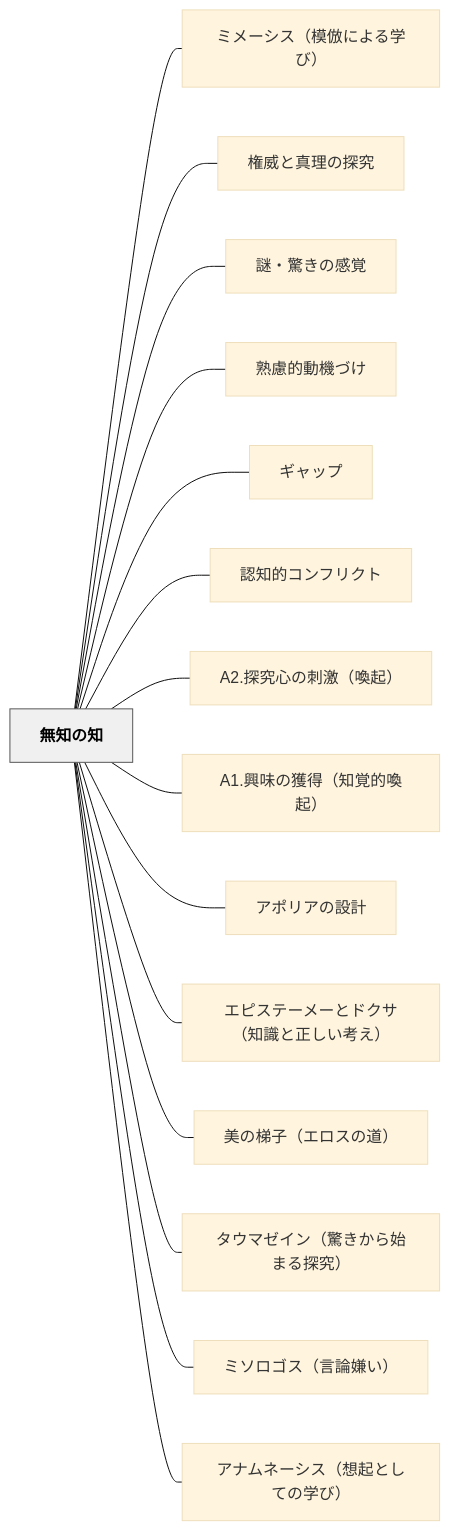
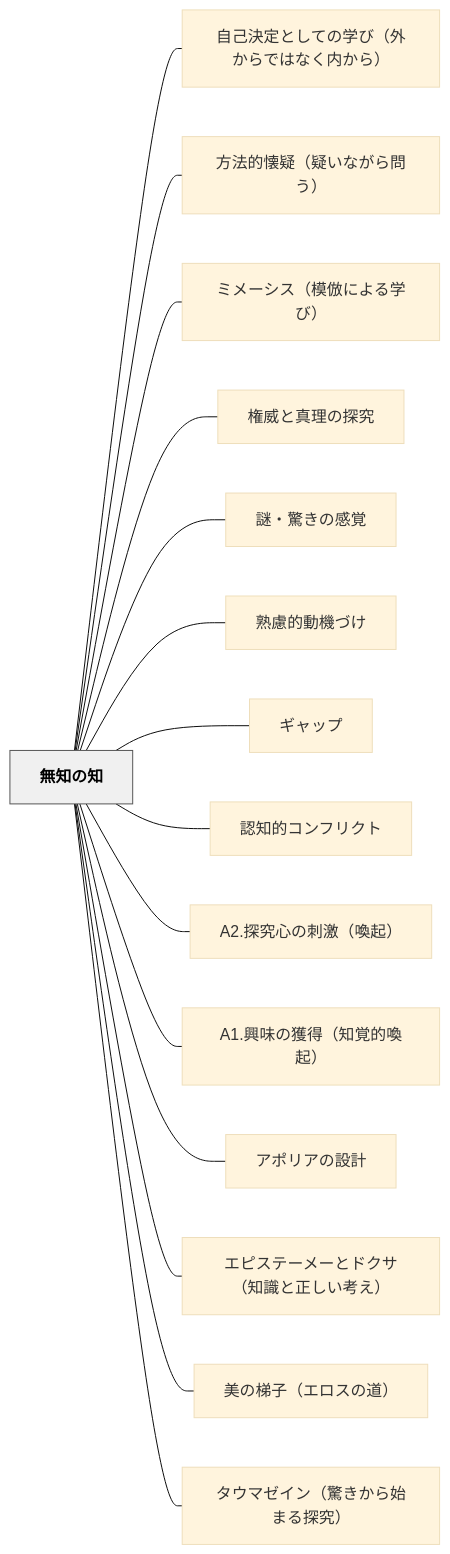
Before and after one commit to unknownthings-ed-patterns/unknownthings-ed-patterns: the diagram in content/パタン/無知の知.md, drawn with Mermaid (base theme). The commit also changed other lines of this file and 185 other files, not shown here.

````diff
--- a/content/パタン/無知の知.md
+++ b/content/パタン/無知の知.md
@@ -246,36 +246,36 @@
 ```mermaid
 flowchart LR
     ne784a1e79fa5e381aee79fa5["無知の知"]
+    ne887aae5b7b1e6b1bae5ae9ae381a8e38197e381a6e381aee5ada6e381b3efbc88e5a496e3818be38289e381a7e381afe381aae3818fe58685e3818be38289efbc89["自己決定としての学び（外からではなく内から）"]
+    ne696b9e6b395e79a84e68790e79691efbc88e79691e38184e381aae3818ce38289e5958fe38186efbc89["方法的懐疑（疑いながら問う）"]
     ne3839fe383a1e383bce382b7e382b9efbc88e6a8a1e580a3e381abe38288e3828be5ada6e381b3efbc89["ミメーシス（模倣による学び）"]
     ne6a8a9e5a881e381a8e79c9fe79086e381aee68ea2e7a9b6["権威と真理の探究"]
     ne8ac8ee383bbe9a99ae3818de381aee6849fe8a69a["謎・驚きの感覚"]
     ne7869fe685aee79a84e58b95e6a99fe381a5e38191["熟慮的動機づけ"]
     ne382aee383a3e38383e38397["ギャップ"]
     ne8aa8de79fa5e79a84e382b3e383b3e38395e383aae382afe38388["認知的コンフリクト"]
     n41322ee68ea2e7a9b6e5bf83e381aee588bae6bf80efbc88e5969ae8b5b7efbc89["A2.探究心の刺激（喚起）"]
     n41312ee88888e591b3e381aee78db2e5be97efbc88e79fa5e8a69ae79a84e5969ae8b5b7efbc89["A1.興味の獲得（知覚的喚起）"]
     ne382a2e3839de383aae382a2e381aee8a8ade8a888["アポリアの設計"]
     ne382a8e38394e382b9e38386e383bce383a1e383bce381a8e38389e382afe382b5efbc88e79fa5e8ad98e381a8e6ada3e38197e38184e88083e38188efbc89["エピステーメーとドクサ（知識と正しい考え）"]
     ne7be8ee381aee6a2afe5ad90efbc88e382a8e383ade382b9e381aee98193efbc89["美の梯子（エロスの道）"]
     ne382bfe382a6e3839ee382bce382a4e383b3efbc88e9a99ae3818de3818be38289e5a78be381bee3828be68ea2e7a9b6efbc89["タウマゼイン（驚きから始まる探究）"]
-    ne3839fe382bde383ade382b4e382b9efbc88e8a880e8ab96e5ab8ce38184efbc89["ミソロゴス（言論嫌い）"]
-    ne382a2e3838ae383a0e3838de383bce382b7e382b9efbc88e683b3e8b5b7e381a8e38197e381a6e381aee5ada6e381b3efbc89["アナムネーシス（想起としての学び）"]
 
+    ne784a1e79fa5e381aee79fa5 --- ne887aae5b7b1e6b1bae5ae9ae381a8e38197e381a6e381aee5ada6e381b3efbc88e5a496e3818be38289e381a7e381afe381aae3818fe58685e3818be38289efbc89
+    ne784a1e79fa5e381aee79fa5 --- ne696b9e6b395e79a84e68790e79691efbc88e79691e38184e381aae3818ce38289e5958fe38186efbc89
     ne784a1e79fa5e381aee79fa5 --- ne3839fe383a1e383bce382b7e382b9efbc88e6a8a1e580a3e381abe38288e3828be5ada6e381b3efbc89
     ne784a1e79fa5e381aee79fa5 --- ne6a8a9e5a881e381a8e79c9fe79086e381aee68ea2e7a9b6
     ne784a1e79fa5e381aee79fa5 --- ne8ac8ee383bbe9a99ae3818de381aee6849fe8a69a
     ne784a1e79fa5e381aee79fa5 --- ne7869fe685aee79a84e58b95e6a99fe381a5e38191
     ne784a1e79fa5e381aee79fa5 --- ne382aee383a3e38383e38397
     ne784a1e79fa5e381aee79fa5 --- ne8aa8de79fa5e79a84e382b3e383b3e38395e383aae382afe38388
     ne784a1e79fa5e381aee79fa5 --- n41322ee68ea2e7a9b6e5bf83e381aee588bae6bf80efbc88e5969ae8b5b7efbc89
     ne784a1e79fa5e381aee79fa5 --- n41312ee88888e591b3e381aee78db2e5be97efbc88e79fa5e8a69ae79a84e5969ae8b5b7efbc89
     ne784a1e79fa5e381aee79fa5 --- ne382a2e3839de383aae382a2e381aee8a8ade8a888
     ne784a1e79fa5e381aee79fa5 --- ne382a8e38394e382b9e38386e383bce383a1e383bce381a8e38389e382afe382b5efbc88e79fa5e8ad98e381a8e6ada3e38197e38184e88083e38188efbc89
     ne784a1e79fa5e381aee79fa5 --- ne7be8ee381aee6a2afe5ad90efbc88e382a8e383ade382b9e381aee98193efbc89
     ne784a1e79fa5e381aee79fa5 --- ne382bfe382a6e3839ee382bce382a4e383b3efbc88e9a99ae3818de3818be38289e5a78be381bee3828be68ea2e7a9b6efbc89
-    ne784a1e79fa5e381aee79fa5 --- ne3839fe382bde383ade382b4e382b9efbc88e8a880e8ab96e5ab8ce38184efbc89
-    ne784a1e79fa5e381aee79fa5 --- ne382a2e3838ae383a0e3838de383bce382b7e382b9efbc88e683b3e8b5b7e381a8e38197e381a6e381aee5ada6e381b3efbc89
 
     classDef hub fill:#f0f0f0,stroke:#555,color:#000,font-weight:bold
     class ne784a1e79fa5e381aee79fa5 hub
 ```
````
